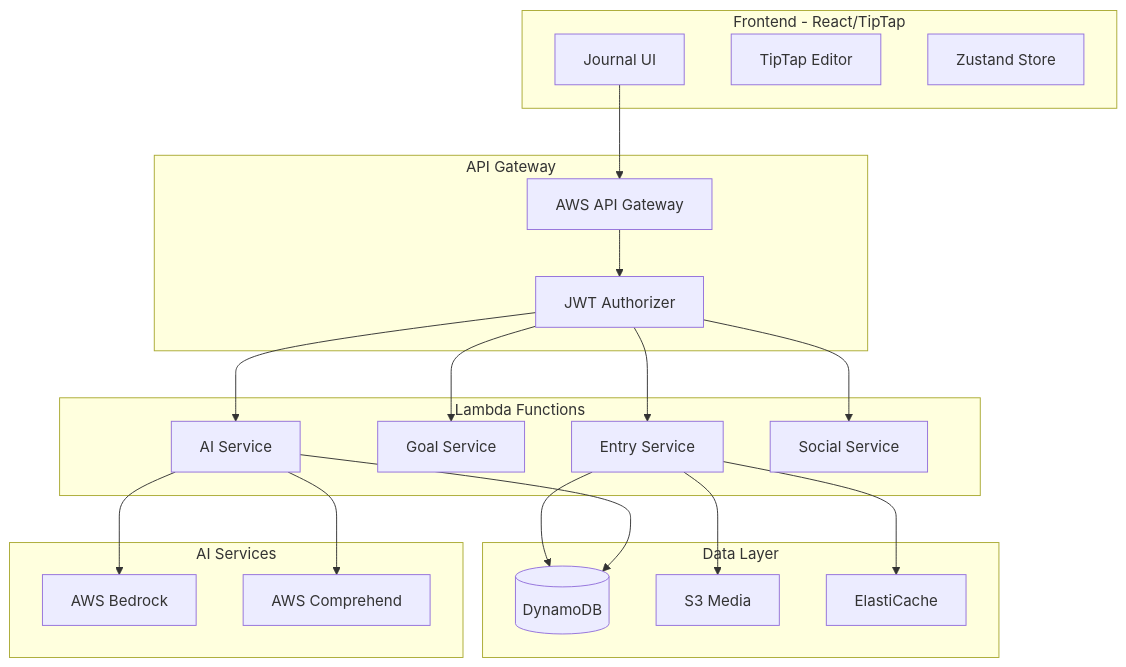
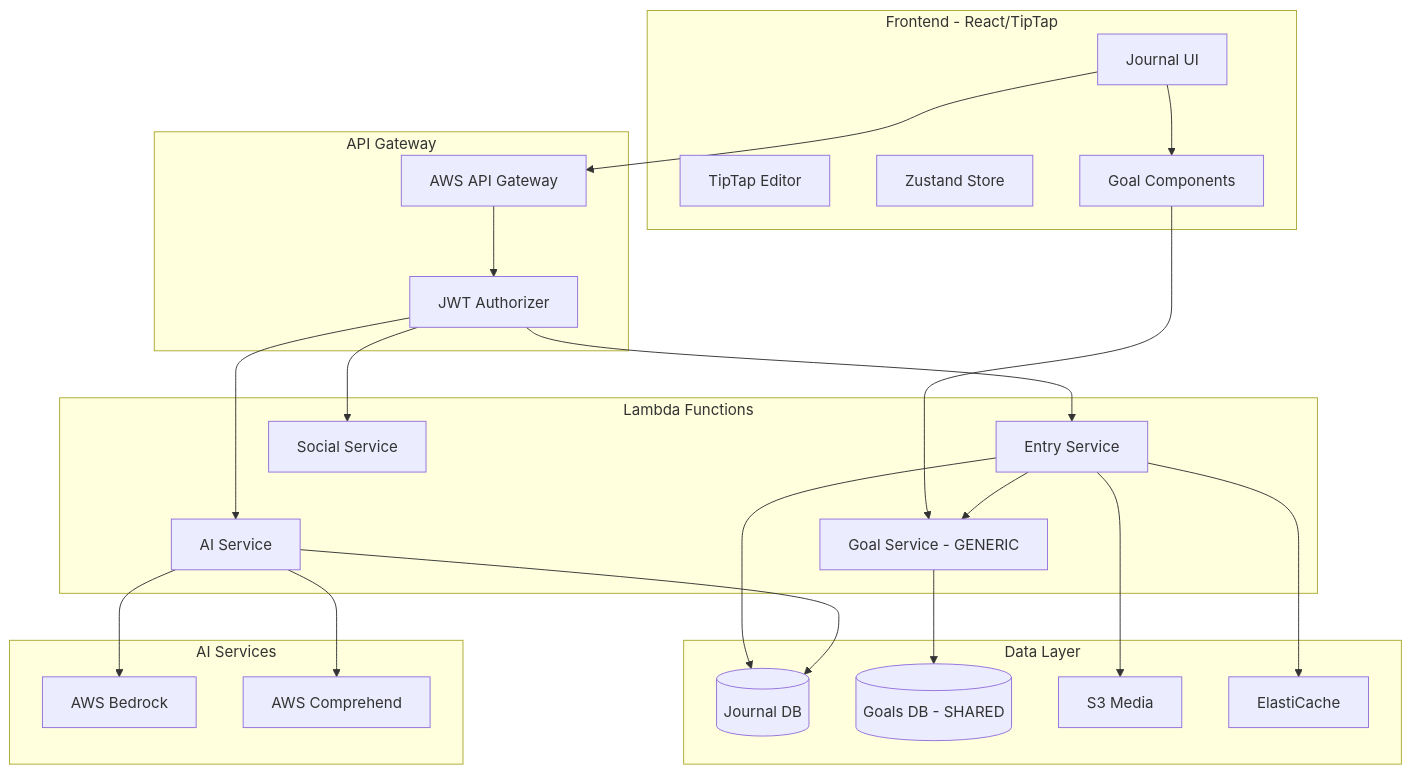
The first of 2 diagrams in docs/features/journaling/technical-architecture.md (john-matlock-eng/ai-lifestyle-app), drawn with Mermaid before and after one commit. The commit also changed other lines of this file and 154 other files, not shown here.

````diff
--- a/docs/features/journaling/technical-architecture.md
+++ b/docs/features/journaling/technical-architecture.md
@@ -5,46 +8,53 @@
 ```mermaid
 graph TB
     subgraph "Frontend - React/TipTap"
         UI[Journal UI]
         Editor[TipTap Editor]
         Store[Zustand Store]
+        GC[Goal Components]
     end
     
     subgraph "API Gateway"
         GW[AWS API Gateway]
         Auth[JWT Authorizer]
     end
     
     subgraph "Lambda Functions"
         Entry[Entry Service]
-        Goal[Goal Service]
         AI[AI Service]
         Social[Social Service]
+        GS[Goal Service - GENERIC]
     end
     
     subgraph "Data Layer"
-        DB[(DynamoDB)]
+        JDB[(Journal DB)]
+        GDB[(Goals DB - SHARED)]
         S3[S3 Media]
         Cache[ElastiCache]
     end
     
     subgraph "AI Services"
         Bedrock[AWS Bedrock]
         Comprehend[AWS Comprehend]
     end
     
     UI --> GW
+    UI --> GC
+    GC --> GS
+    
     GW --> Auth
     Auth --> Entry
-    Auth --> Goal
     Auth --> AI
     Auth --> Social
     
-    Entry --> DB
+    Entry --> JDB
     Entry --> S3
     Entry --> Cache
+    Entry --> GS
     
     AI --> Bedrock
     AI --> Comprehend
-    AI --> DB
+    AI --> JDB
+    
+    GS --> GDB
 ```
````
